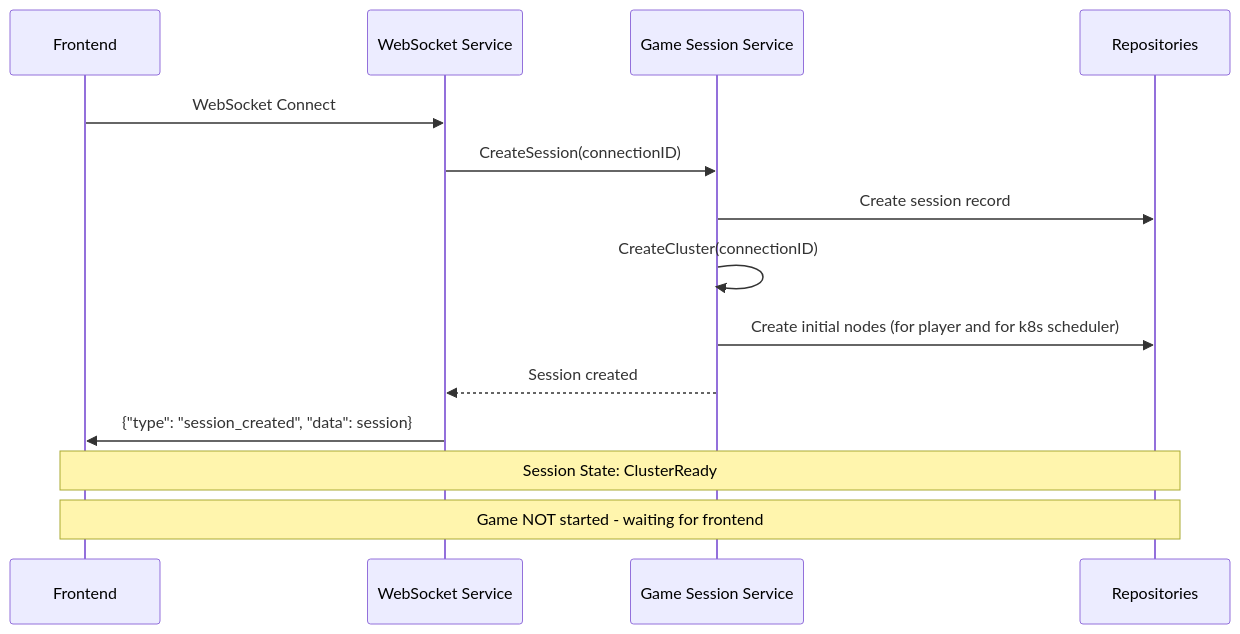
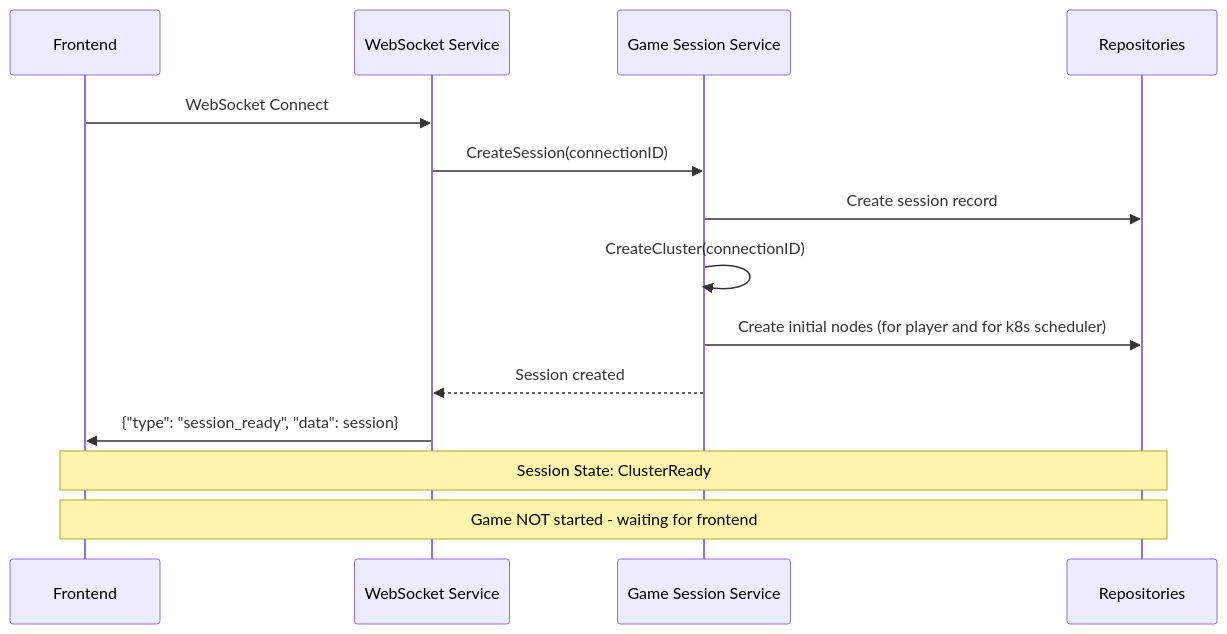
Before and after one commit to katonium/kubegame: the third of 8 diagrams in docs/game-flow-documentation.md, drawn with Mermaid. The commit also changed other lines of this file and 28 other files, not shown here.

````diff
--- a/docs/game-flow-documentation.md
+++ b/docs/game-flow-documentation.md
@@ -104,18 +104,18 @@
 ```mermaid
 sequenceDiagram
     participant F as Frontend
     participant WS as WebSocket Service
     participant GS as Game Session Service
     participant Repos as Repositories
     
     F->>WS: WebSocket Connect
     WS->>GS: CreateSession(connectionID)
     GS->>Repos: Create session record
     GS->>GS: CreateCluster(connectionID)
     GS->>Repos: Create initial nodes (for player and for k8s scheduler)
     GS-->>WS: Session created
-    WS->>F: {"type": "session_created", "data": session}
+    WS->>F: {"type": "session_ready", "data": session}
 
     Note over F,Repos: Session State: ClusterReady
     Note over F,Repos: Game NOT started - waiting for frontend
 ```
````
